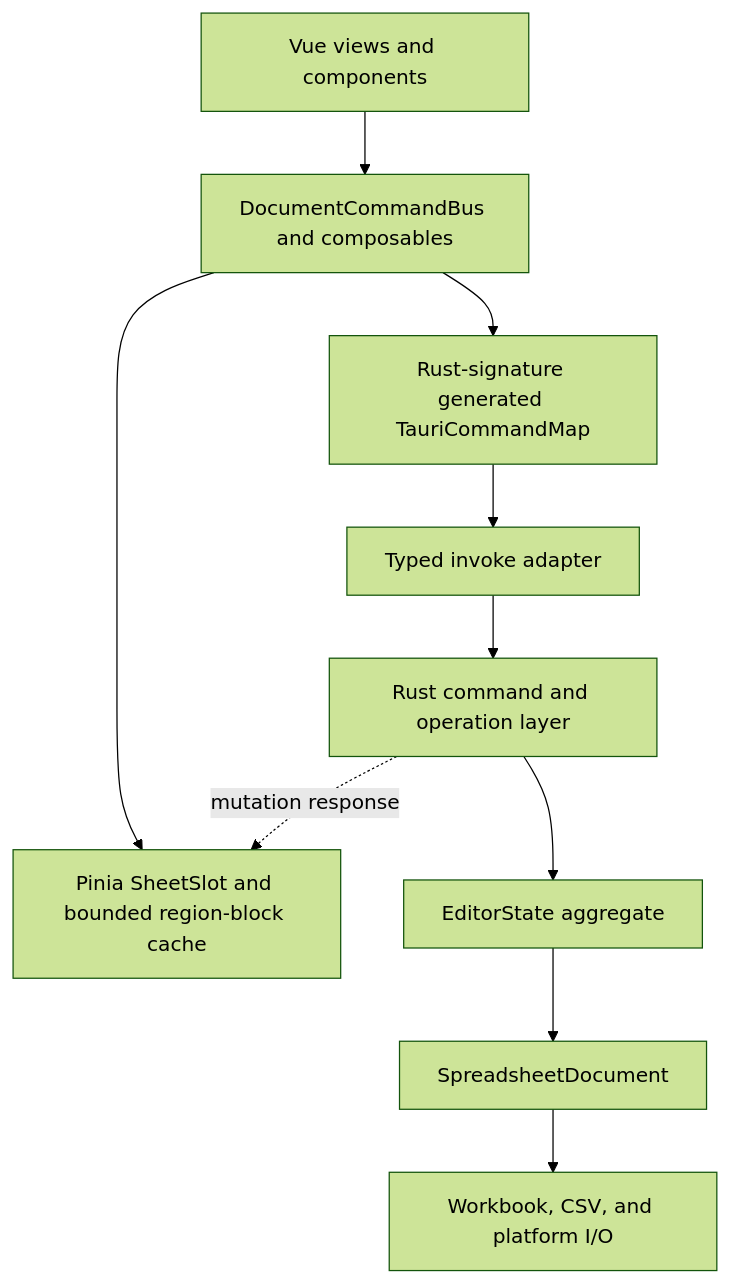
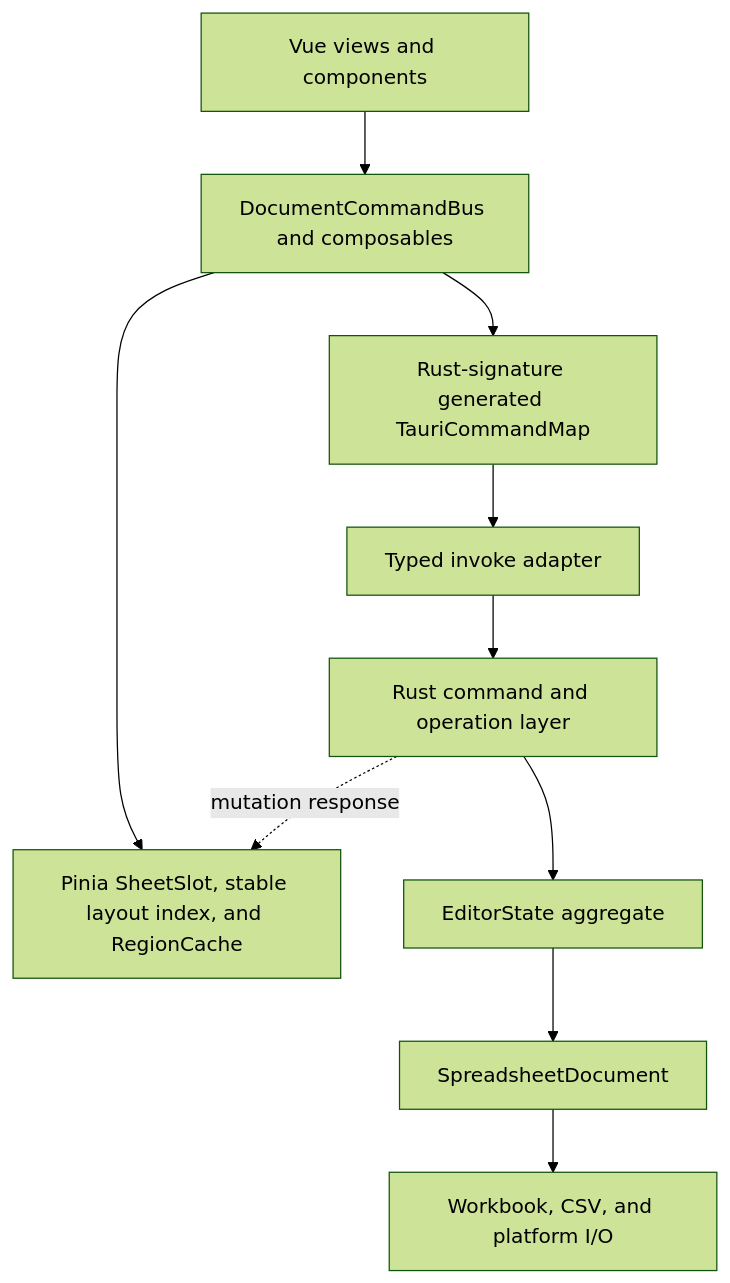
Before and after one commit to mingchiuli/simple-table: the diagram in docs/architecture.md, drawn with Mermaid (forest theme). The commit also changed other lines of this file and 33 other files, not shown here.

````diff
--- a/docs/architecture.md
+++ b/docs/architecture.md
@@ -8,16 +8,16 @@
 ```mermaid
 flowchart TB
     UI[Vue views and components]
     APP[DocumentCommandBus and composables]
-    STORE[Pinia SheetSlot and bounded region-block cache]
+    STORE[Pinia SheetSlot, stable layout index, and RegionCache]
     RPC[Rust-signature generated TauriCommandMap]
     IPC[Typed invoke adapter]
     OPS[Rust command and operation layer]
     STATE[EditorState aggregate]
     DOC[SpreadsheetDocument]
     IO[Workbook, CSV, and platform I/O]
 
     UI --> APP --> STORE
     APP --> RPC --> IPC --> OPS --> STATE --> DOC --> IO
     OPS -. mutation response .-> STORE
 ```
````
